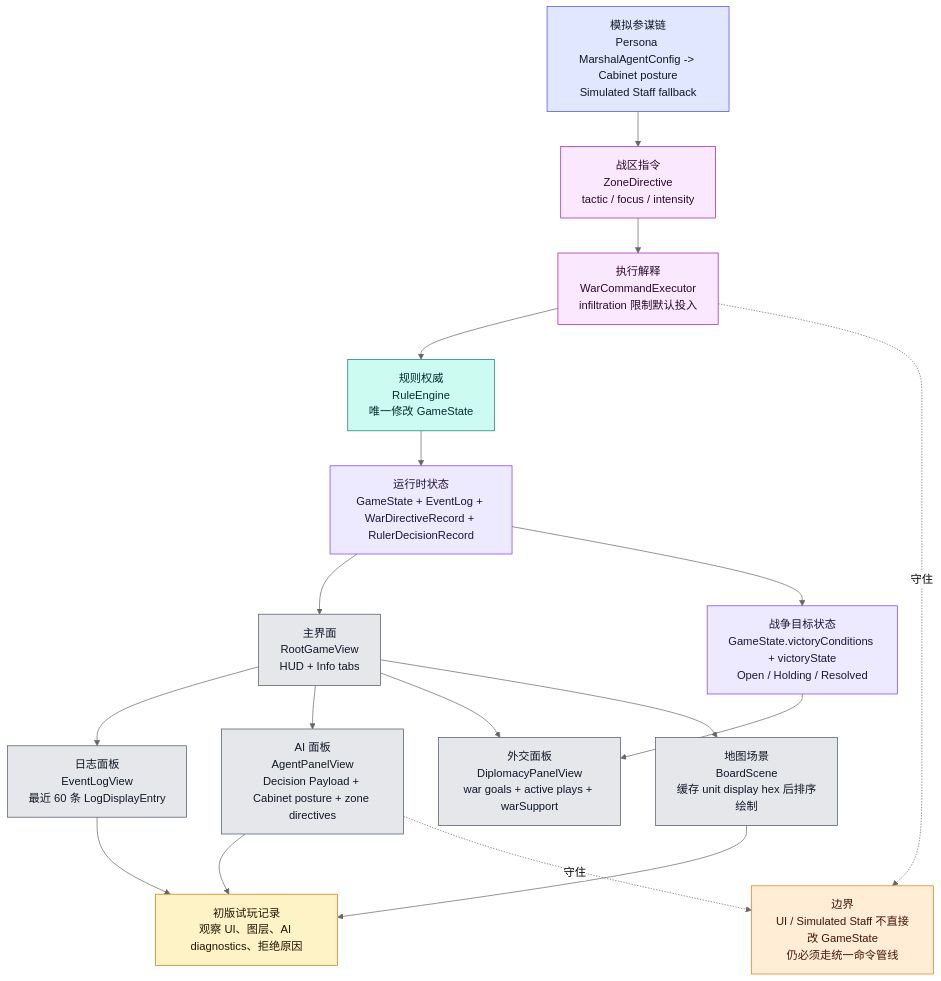
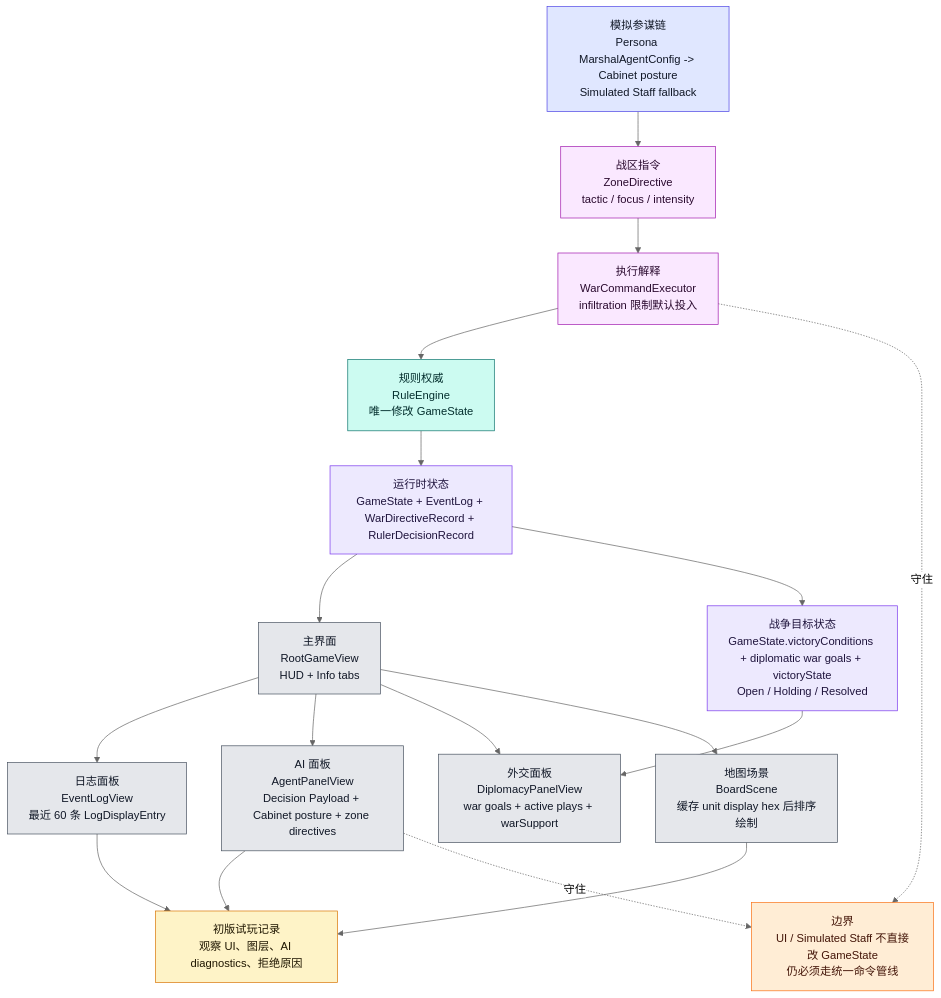
Before and after one commit to Altman-sam114/126: the eighth of 9 diagrams in md/flow/flowchart.md, drawn with Mermaid (neutral theme). The commit also changed other lines of this file and 11 other files, not shown here.

Commit message:
feat(diplomacy): link war goals to victory

````diff
--- a/md/flow/flowchart.md
+++ b/md/flow/flowchart.md
@@ -448,38 +450,38 @@
 ```mermaid
 flowchart TD
     STATE["运行时状态<br/>GameState + EventLog + WarDirectiveRecord + RulerDecisionRecord"]:::state
     ROOT["主界面<br/>RootGameView<br/>HUD + Info tabs"]:::ui
     LOG["日志面板<br/>EventLogView<br/>最近 60 条 LogDisplayEntry"]:::ui
     AIUI["AI 面板<br/>AgentPanelView<br/>Decision Payload + Cabinet posture + zone directives"]:::ui
     DIPUI["外交面板<br/>DiplomacyPanelView<br/>war goals + active plays + warSupport"]:::ui
-    GOALS["战争目标状态<br/>GameState.victoryConditions + victoryState<br/>Open / Holding / Resolved"]:::state
+    GOALS["战争目标状态<br/>GameState.victoryConditions + diplomatic war goals + victoryState<br/>Open / Holding / Resolved"]:::state
     BOARD["地图场景<br/>BoardScene<br/>缓存 unit display hex 后排序绘制"]:::ui
     MARSHAL["模拟参谋链<br/>Persona MarshalAgentConfig -> Cabinet posture<br/>Simulated Staff fallback"]:::ai
     ZD["战区指令<br/>ZoneDirective<br/>tactic / focus / intensity"]:::command
     WCE["执行解释<br/>WarCommandExecutor<br/>infiltration 限制默认投入"]:::command
     RULE["规则权威<br/>RuleEngine<br/>唯一修改 GameState"]:::rules
     PLAYTEST["初版试玩记录<br/>观察 UI、图层、AI diagnostics、拒绝原因"]:::doc
 
     STATE --> ROOT
     ROOT --> LOG
     ROOT --> AIUI
     ROOT --> DIPUI
     ROOT --> BOARD
     STATE --> GOALS --> DIPUI
     MARSHAL --> ZD --> WCE --> RULE --> STATE
     AIUI --> PLAYTEST
     LOG --> PLAYTEST
     BOARD --> PLAYTEST
 
     WARN["边界<br/>UI / Simulated Staff 不直接改 GameState<br/>仍必须走统一命令管线"]:::warn
     AIUI -.守住.-> WARN
     WCE -.守住.-> WARN
 
     classDef state fill:#ede9fe,stroke:#7c3aed,color:#1f143d
     classDef ui fill:#e5e7eb,stroke:#4b5563,color:#111827
     classDef ai fill:#e0e7ff,stroke:#4f46e5,color:#111827
     classDef command fill:#fae8ff,stroke:#a21caf,color:#2a0a2f
     classDef rules fill:#ccfbf1,stroke:#0f766e,color:#042f2e
     classDef doc fill:#fef3c7,stroke:#d97706,color:#1f1600
     classDef warn fill:#ffedd5,stroke:#f97316,color:#431407
 ```
````
